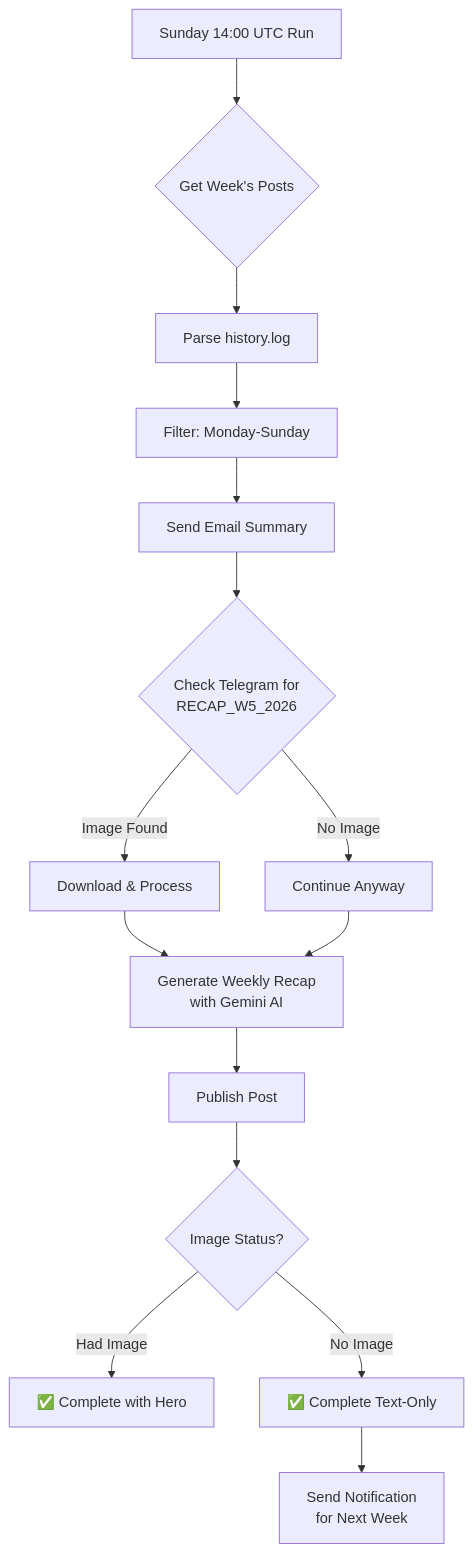
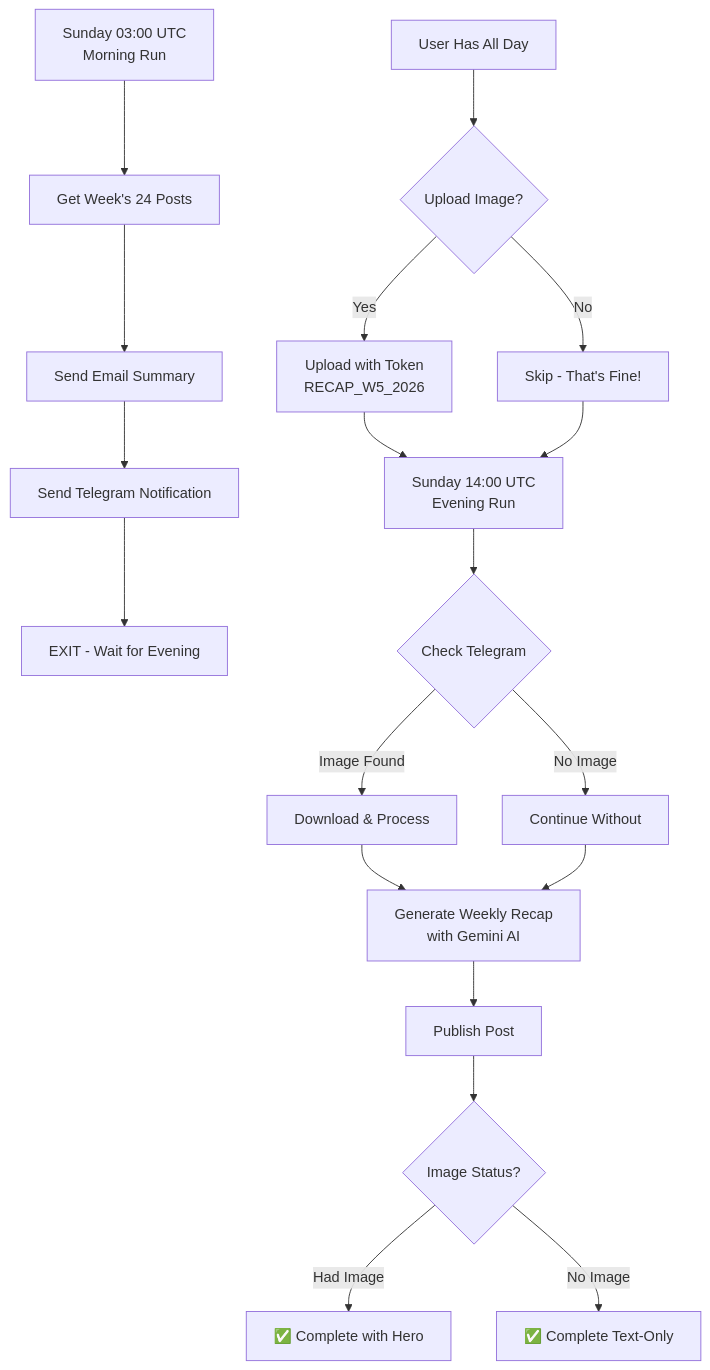
One commit to Ns81000/WHATSUP changed the diagram in README.md. Above: the diagram before and after it, drawn with Mermaid. The commit also changed other lines of this file and 1 other file, not shown here.

````diff
--- a/README.md
+++ b/README.md
@@ -211,17 +249,26 @@
 ```mermaid
 graph TD
-    A[Sunday 14:00 UTC Run] --> B{Get Week's Posts}
-    B --> C[Parse history.log]
-    C --> D[Filter: Monday-Sunday]
-    D --> E[Send Email Summary]
-    E --> F{Check Telegram for<br/>RECAP_W5_2026}
-    F -->|Image Found| G[Download & Process]
-    F -->|No Image| H[Continue Anyway]
-    G --> I[Generate Weekly Recap<br/>with Gemini AI]
-    H --> I
-    I --> J[Publish Post]
-    J --> K{Image Status?}
-    K -->|Had Image| L[✅ Complete with Hero]
-    K -->|No Image| M[✅ Complete Text-Only]
-    M --> N[Send Notification<br/>for Next Week]
+    A[Sunday 03:00 UTC<br/>Morning Run] --> B[Get Week's 24 Posts]
+    B --> C[Send Email Summary]
+    C --> D[Send Telegram Notification]
+    D --> E[EXIT - Wait for Evening]
+    
+    F[User Has All Day] --> G{Upload Image?}
+    G -->|Yes| H[Upload with Token<br/>RECAP_W5_2026]
+    G -->|No| I[Skip - That's Fine!]
+    
+    H --> J[Sunday 14:00 UTC<br/>Evening Run]
+    I --> J
+    
+    J --> K{Check Telegram}
+    K -->|Image Found| L[Download & Process]
+    K -->|No Image| M[Continue Without]
+    
+    L --> N[Generate Weekly Recap<br/>with Gemini AI]
+    M --> N
+    
+    N --> O[Publish Post]
+    O --> P{Image Status?}
+    P -->|Had Image| Q[✅ Complete with Hero]
+    P -->|No Image| R[✅ Complete Text-Only]
 ```
````
